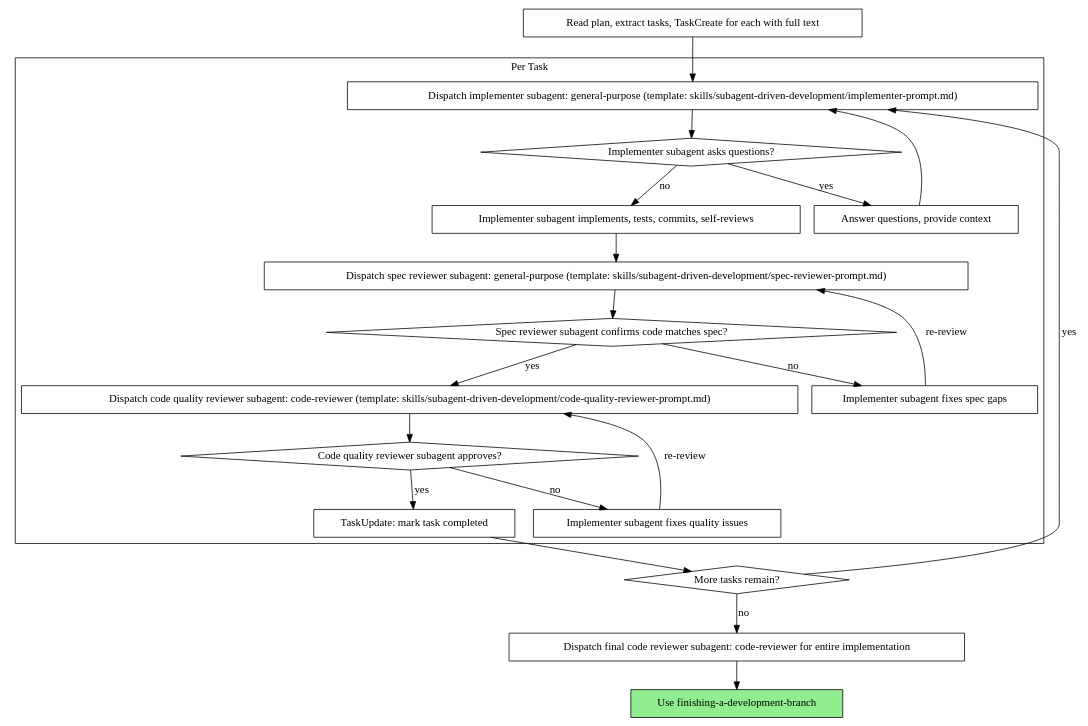
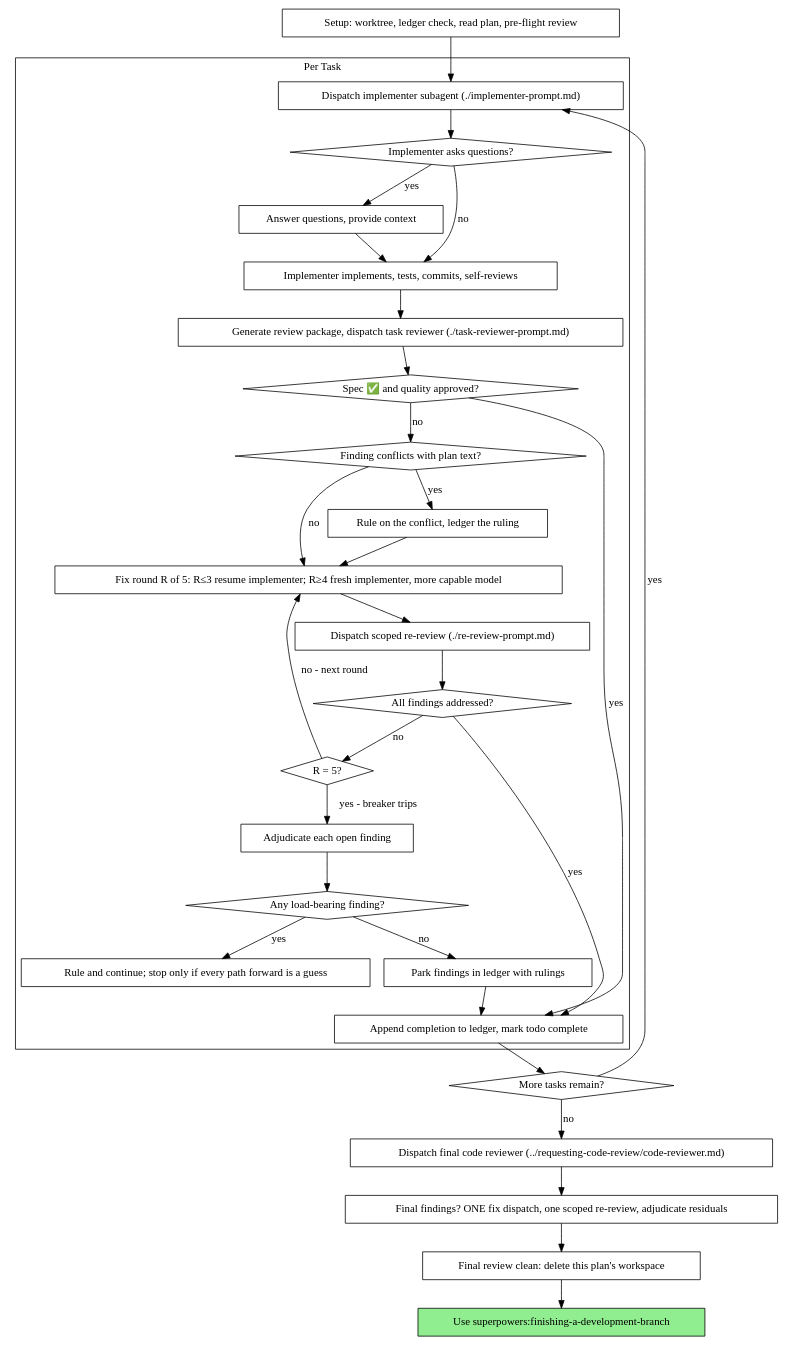
The second of 2 diagrams in pi/skills/subagent-driven-development/SKILL.md (denolfe/dotfiles), drawn with Graphviz before and after one commit. The commit also changed other lines of this file and 71 other files, not shown here.

Commit message:
chore(pi): mirror upstream superpowers skills

````diff
--- a/pi/skills/subagent-driven-development/SKILL.md
+++ b/pi/skills/subagent-driven-development/SKILL.md
@@ -47,44 +61,62 @@
 ```dot
 digraph process {
     rankdir=TB;
 
     subgraph cluster_per_task {
         label="Per Task";
-        "Dispatch implementer subagent: general-purpose (template: skills/subagent-driven-development/implementer-prompt.md)" [shape=box];
-        "Implementer subagent asks questions?" [shape=diamond];
+        "Dispatch implementer subagent (./implementer-prompt.md)" [shape=box];
+        "Implementer asks questions?" [shape=diamond];
         "Answer questions, provide context" [shape=box];
-        "Implementer subagent implements, tests, commits, self-reviews" [shape=box];
-        "Dispatch spec reviewer subagent: general-purpose (template: skills/subagent-driven-development/spec-reviewer-prompt.md)" [shape=box];
-        "Spec reviewer subagent confirms code matches spec?" [shape=diamond];
-        "Implementer subagent fixes spec gaps" [shape=box];
-        "Dispatch code quality reviewer subagent: code-reviewer (template: skills/subagent-driven-development/code-quality-reviewer-prompt.md)" [shape=box];
-        "Code quality reviewer subagent approves?" [shape=diamond];
-        "Implementer subagent fixes quality issues" [shape=box];
-        "TaskUpdate: mark task completed" [shape=box];
+        "Implementer implements, tests, commits, self-reviews" [shape=box];
+        "Generate review package, dispatch task reviewer (./task-reviewer-prompt.md)" [shape=box];
+        "Spec ✅ and quality approved?" [shape=diamond];
+        "Finding conflicts with plan text?" [shape=diamond];
+        "Rule on the conflict, ledger the ruling" [shape=box];
+        "Fix round R of 5: R≤3 resume implementer; R≥4 fresh implementer, more capable model" [shape=box];
+        "Dispatch scoped re-review (./re-review-prompt.md)" [shape=box];
+        "All findings addressed?" [shape=diamond];
+        "R = 5?" [shape=diamond];
+        "Adjudicate each open finding" [shape=box];
+        "Any load-bearing finding?" [shape=diamond];
+        "Rule and continue; stop only if every path forward is a guess" [shape=box];
+        "Park findings in ledger with rulings" [shape=box];
+        "Append completion to ledger, mark todo complete" [shape=box];
     }
 
-    "Read plan, extract tasks, TaskCreate for each with full text" [shape=box];
+    "Setup: worktree, ledger check, read plan, pre-flight review" [shape=box];
     "More tasks remain?" [shape=diamond];
-    "Dispatch final code reviewer subagent: code-reviewer for entire implementation" [shape=box];
-    "Use finishing-a-development-branch" [shape=box style=filled fillcolor=lightgreen];
+    "Dispatch final code reviewer (../requesting-code-review/code-reviewer.md)" [shape=box];
+    "Final findings? ONE fix dispatch, one scoped re-review, adjudicate residuals" [shape=box];
+    "Final review clean: delete this plan's workspace" [shape=box];
+    "Use superpowers:finishing-a-development-branch" [shape=box style=filled fillcolor=lightgreen];
 
-    "Read plan, extract tasks, TaskCreate for each with full text" -> "Dispatch implementer subagent: general-purpose (template: skills/subagent-driven-development/implementer-prompt.md)";
-    "Dispatch implementer subagent: general-purpose (template: skills/subagent-driven-development/implementer-prompt.md)" -> "Implementer subagent asks questions?";
-    "Implementer subagent asks questions?" -> "Answer questions, provide context" [label="yes"];
-    "Answer questions, provide context" -> "Dispatch implementer subagent: general-purpose (template: skills/subagent-driven-development/implementer-prompt.md)";
-    "Implementer subagent asks questions?" -> "Implementer subagent implements, tests, commits, self-reviews" [label="no"];
-    "Implementer subagent implements, tests, commits, self-reviews" -> "Dispatch spec reviewer subagent: general-purpose (template: skills/subagent-driven-development/spec-reviewer-prompt.md)";
-    "Dispatch spec reviewer subagent: general-purpose (template: skills/subagent-driven-development/spec-reviewer-prompt.md)" -> "Spec reviewer subagent confirms code matches spec?";
-    "Spec reviewer subagent confirms code matches spec?" -> "Implementer subagent fixes spec gaps" [label="no"];
-    "Implementer subagent fixes spec gaps" -> "Dispatch spec reviewer subagent: general-purpose (template: skills/subagent-driven-development/spec-reviewer-prompt.md)" [label="re-review"];
-    "Spec reviewer subagent confirms code matches spec?" -> "Dispatch code quality reviewer subagent: code-reviewer (template: skills/subagent-driven-development/code-quality-reviewer-prompt.md)" [label="yes"];
-    "Dispatch code quality reviewer subagent: code-reviewer (template: skills/subagent-driven-development/code-quality-reviewer-prompt.md)" -> "Code quality reviewer subagent approves?";
-    "Code quality reviewer subagent approves?" -> "Implementer subagent fixes quality issues" [label="no"];
-    "Implementer subagent fixes quality issues" -> "Dispatch code quality reviewer subagent: code-reviewer (template: skills/subagent-driven-development/code-quality-reviewer-prompt.md)" [label="re-review"];
-    "Code quality reviewer subagent approves?" -> "TaskUpdate: mark task completed" [label="yes"];
-    "TaskUpdate: mark task completed" -> "More tasks remain?";
-    "More tasks remain?" -> "Dispatch implementer subagent: general-purpose (template: skills/subagent-driven-development/implementer-prompt.md)" [label="yes"];
-    "More tasks remain?" -> "Dispatch final code reviewer subagent: code-reviewer for entire implementation" [label="no"];
-    "Dispatch final code reviewer subagent: code-reviewer for entire implementation" -> "Use finishing-a-development-branch";
+    "Setup: worktree, ledger check, read plan, pre-flight review" -> "Dispatch implementer subagent (./implementer-prompt.md)";
+    "Dispatch implementer subagent (./implementer-prompt.md)" -> "Implementer asks questions?";
+    "Implementer asks questions?" -> "Answer questions, provide context" [label="yes"];
+    "Answer questions, provide context" -> "Implementer implements, tests, commits, self-reviews";
+    "Implementer asks questions?" -> "Implementer implements, tests, commits, self-reviews" [label="no"];
+    "Implementer implements, tests, commits, self-reviews" -> "Generate review package, dispatch task reviewer (./task-reviewer-prompt.md)";
+    "Generate review package, dispatch task reviewer (./task-reviewer-prompt.md)" -> "Spec ✅ and quality approved?";
+    "Spec ✅ and quality approved?" -> "Append completion to ledger, mark todo complete" [label="yes"];
+    "Spec ✅ and quality approved?" -> "Finding conflicts with plan text?" [label="no"];
+    "Finding conflicts with plan text?" -> "Rule on the conflict, ledger the ruling" [label="yes"];
+    "Rule on the conflict, ledger the ruling" -> "Fix round R of 5: R≤3 resume implementer; R≥4 fresh implementer, more capable model";
+    "Finding conflicts with plan text?" -> "Fix round R of 5: R≤3 resume implementer; R≥4 fresh implementer, more capable model" [label="no"];
+    "Fix round R of 5: R≤3 resume implementer; R≥4 fresh implementer, more capable model" -> "Dispatch scoped re-review (./re-review-prompt.md)";
+    "Dispatch scoped re-review (./re-review-prompt.md)" -> "All findings addressed?";
+    "All findings addressed?" -> "Append completion to ledger, mark todo complete" [label="yes"];
+    "All findings addressed?" -> "R = 5?" [label="no"];
+    "R = 5?" -> "Fix round R of 5: R≤3 resume implementer; R≥4 fresh implementer, more capable model" [label="no - next round"];
+    "R = 5?" -> "Adjudicate each open finding" [label="yes - breaker trips"];
+    "Adjudicate each open finding" -> "Any load-bearing finding?";
+    "Any load-bearing finding?" -> "Rule and continue; stop only if every path forward is a guess" [label="yes"];
+    "Any load-bearing finding?" -> "Park findings in ledger with rulings" [label="no"];
+    "Park findings in ledger with rulings" -> "Append completion to ledger, mark todo complete";
+    "Append completion to ledger, mark todo complete" -> "More tasks remain?";
+    "More tasks remain?" -> "Dispatch implementer subagent (./implementer-prompt.md)" [label="yes"];
+    "More tasks remain?" -> "Dispatch final code reviewer (../requesting-code-review/code-reviewer.md)" [label="no"];
+    "Dispatch final code reviewer (../requesting-code-review/code-reviewer.md)" -> "Final findings? ONE fix dispatch, one scoped re-review, adjudicate residuals";
+    "Final findings? ONE fix dispatch, one scoped re-review, adjudicate residuals" -> "Final review clean: delete this plan's workspace";
+    "Final review clean: delete this plan's workspace" -> "Use superpowers:finishing-a-development-branch";
 }
 ```
````
